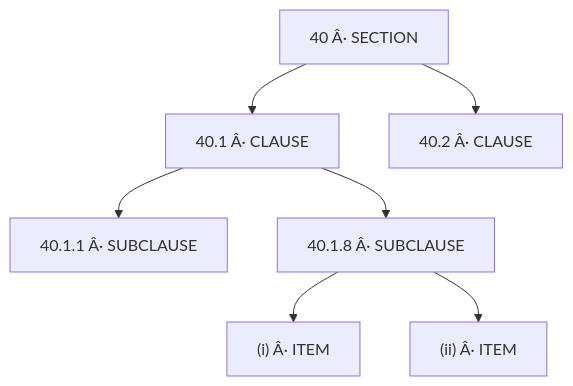
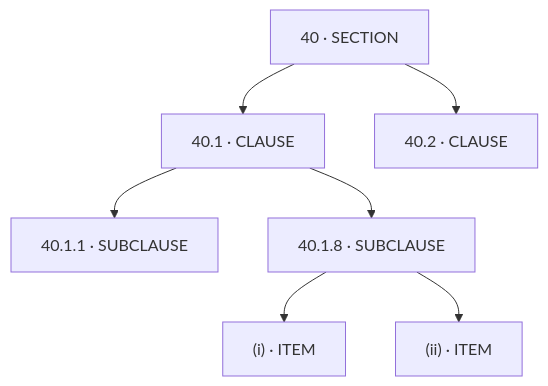
Before and after one commit to yerramsettysuchita/sanhita: the fifth of 12 diagrams in README.md, drawn with Mermaid. The commit also changed other lines of this file and 42 other files, not shown here.

````diff
--- a/README.md
+++ b/README.md
@@ -345,9 +416,9 @@
 ```mermaid
 flowchart TD
-    S["40 Â· SECTION"] --> C1["40.1 Â· CLAUSE"]
-    S --> C2["40.2 Â· CLAUSE"]
-    C1 --> SC1["40.1.1 Â· SUBCLAUSE"]
-    C1 --> SC2["40.1.8 Â· SUBCLAUSE"]
-    SC2 --> I1["(i) Â· ITEM"]
-    SC2 --> I2["(ii) Â· ITEM"]
+    S["40 · SECTION"] --> C1["40.1 · CLAUSE"]
+    S --> C2["40.2 · CLAUSE"]
+    C1 --> SC1["40.1.1 · SUBCLAUSE"]
+    C1 --> SC2["40.1.8 · SUBCLAUSE"]
+    SC2 --> I1["(i) · ITEM"]
+    SC2 --> I2["(ii) · ITEM"]
 ```
````
